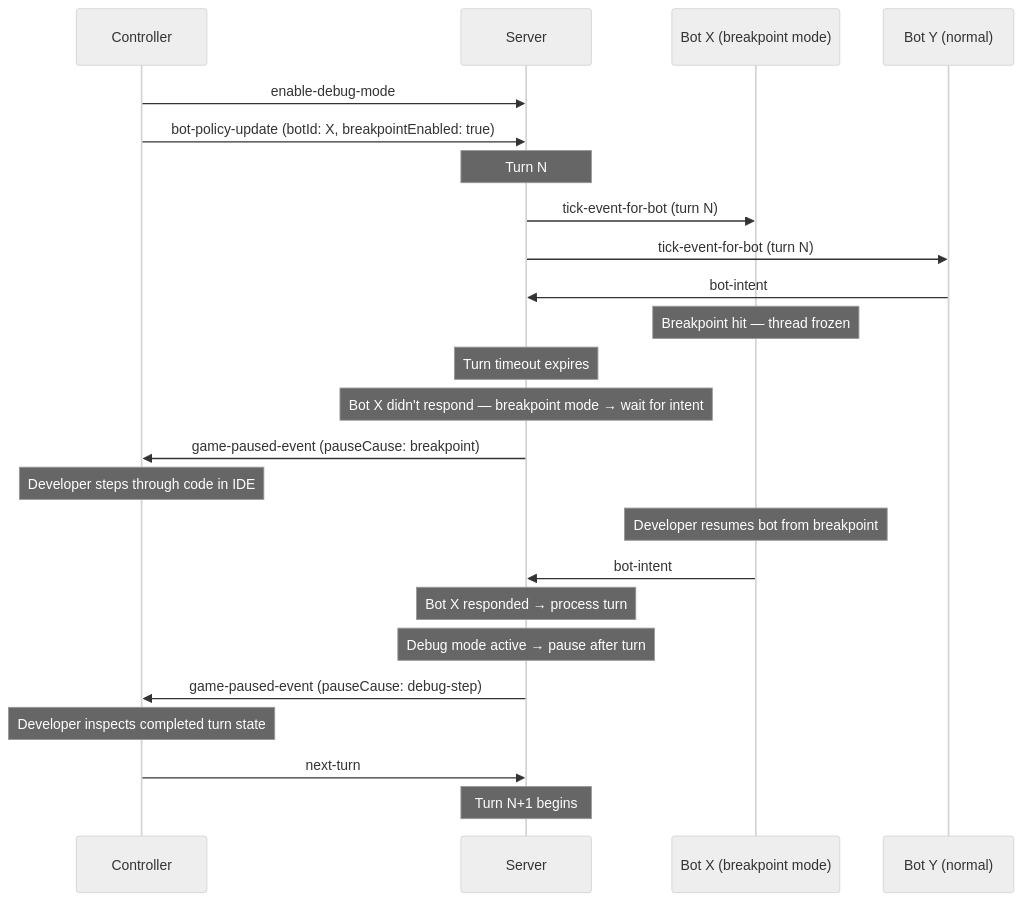
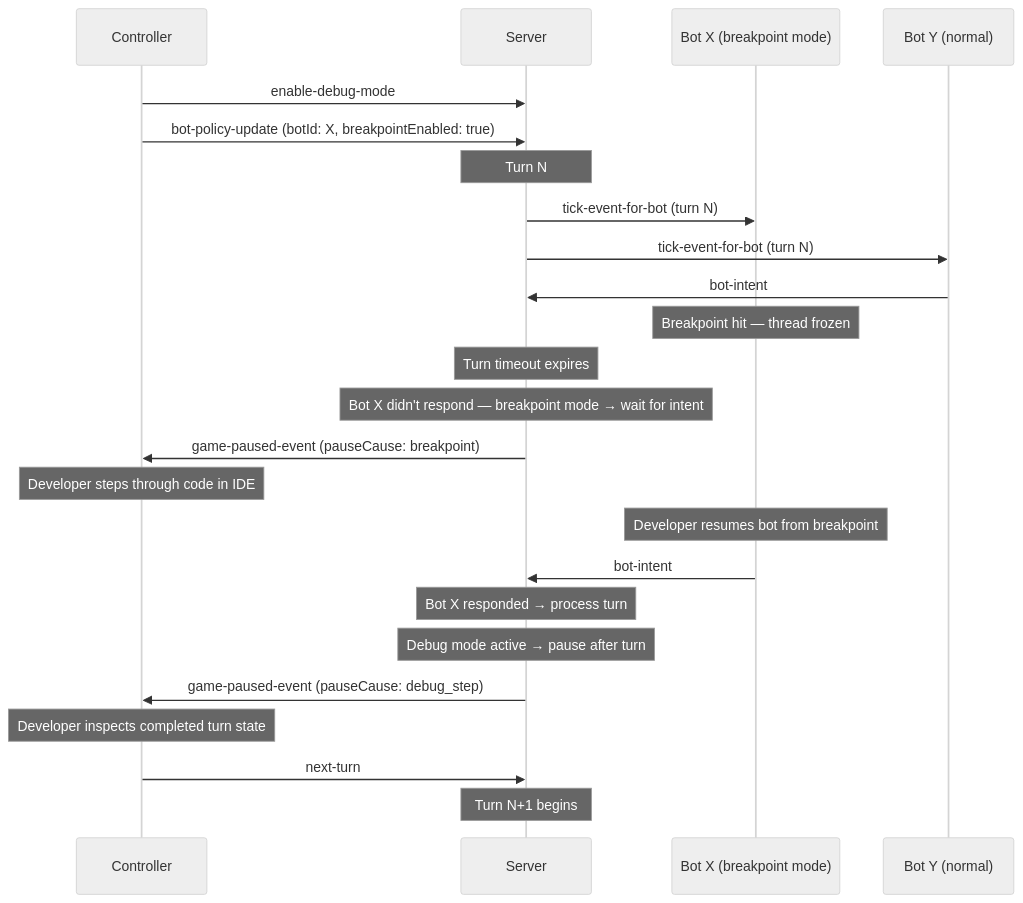
The third of 3 diagrams in docs-internal/architecture/adr/0034-breakpoint-mode.md (robocode-dev/tank-royale), drawn with Mermaid (neutral theme) before and after one commit. The commit also changed other lines of this file and 34 other files, not shown here.

First line of the commit message:
feat: add server debug mode (ADR-0033)

````diff
--- a/docs-internal/architecture/adr/0034-breakpoint-mode.md
+++ b/docs-internal/architecture/adr/0034-breakpoint-mode.md
@@ -112,35 +112,35 @@
 ```mermaid
 sequenceDiagram
     participant Controller as Controller
     participant Server
     participant BotX as Bot X (breakpoint mode)
     participant BotY as Bot Y (normal)
 
     Controller->>Server: enable-debug-mode
     Controller->>Server: bot-policy-update (botId: X, breakpointEnabled: true)
 
     Note over Server: Turn N
     Server->>BotX: tick-event-for-bot (turn N)
     Server->>BotY: tick-event-for-bot (turn N)
 
     BotY->>Server: bot-intent
     Note over BotX: Breakpoint hit — thread frozen
 
     Note over Server: Turn timeout expires
     Note over Server: Bot X didn't respond — breakpoint mode → wait for intent
     Server->>Controller: game-paused-event (pauseCause: breakpoint)
 
     Note over Controller: Developer steps through code in IDE
     Note over BotX: Developer resumes bot from breakpoint
 
     BotX->>Server: bot-intent
 
     Note over Server: Bot X responded → process turn
     Note over Server: Debug mode active → pause after turn
-    Server->>Controller: game-paused-event (pauseCause: debug-step)
+    Server->>Controller: game-paused-event (pauseCause: debug_step)
 
     Note over Controller: Developer inspects completed turn state
 
     Controller->>Server: next-turn
     Note over Server: Turn N+1 begins
 ```
````
